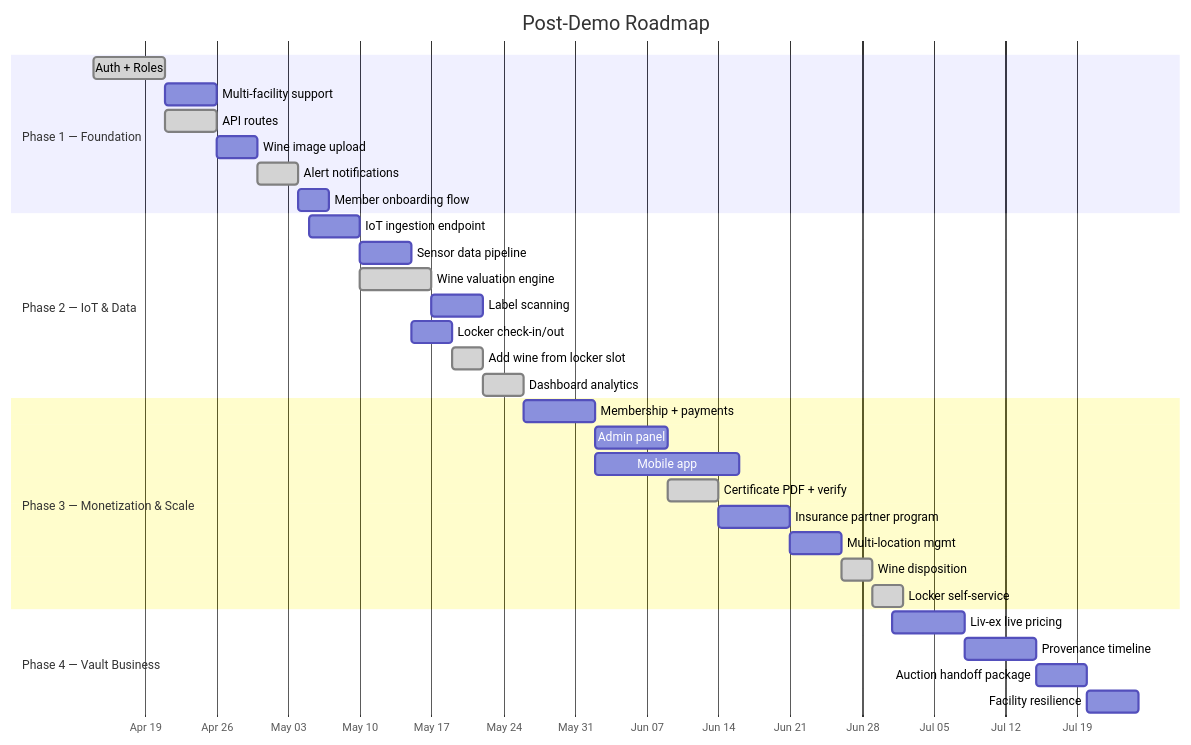
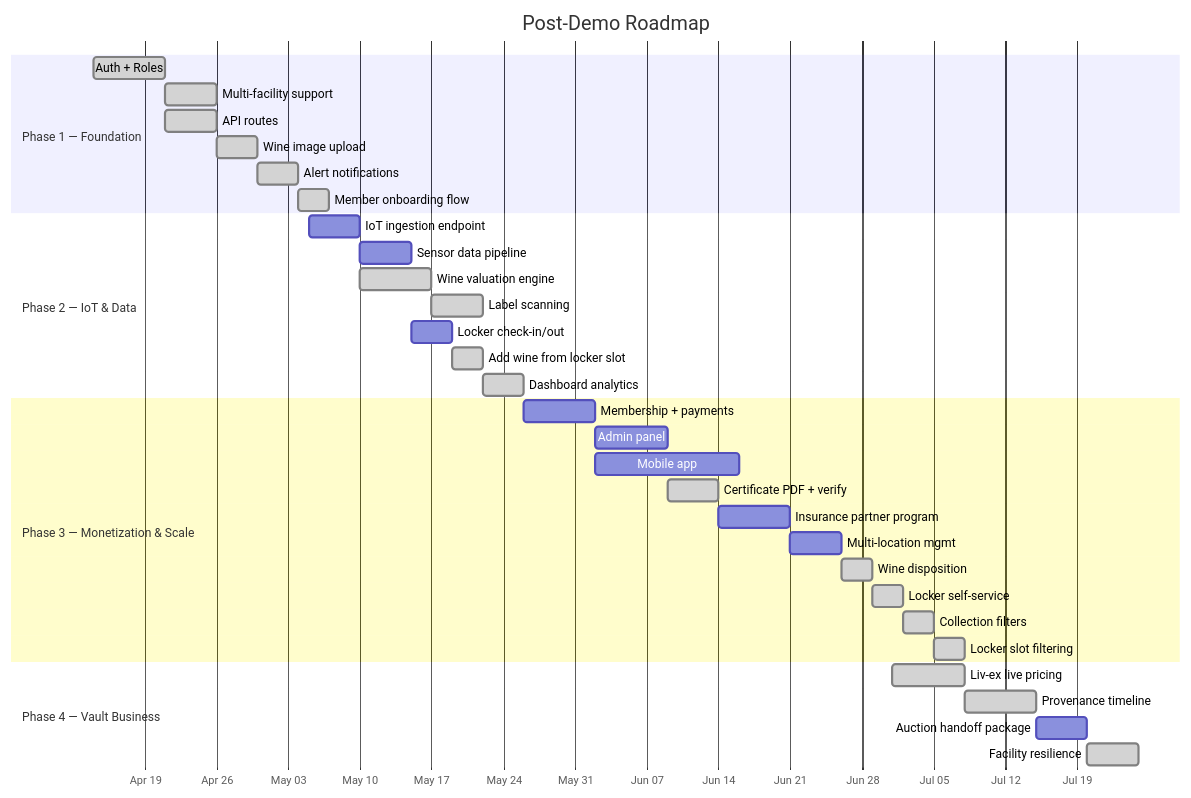
The diagram in SPEC.md (nathanielsohn/caveau-app), drawn with Mermaid before and after one commit. The commit also changed other lines of this file and 2 other files, not shown here.

First line of the commit message:
chore: align seed data with Rob's 10-bottle portfolio, update roadmap

````diff
--- a/SPEC.md
+++ b/SPEC.md
@@ -271,39 +273,41 @@
 ```mermaid
 gantt
     title Post-Demo Roadmap
     dateFormat YYYY-MM-DD
     axisFormat %b %d
 
     section Phase 1 — Foundation
     Auth + Roles              :done, p1a, 2026-04-14, 7d
-    Multi-facility support    :p1b, after p1a, 5d
+    Multi-facility support    :done, p1b, after p1a, 5d
     API routes                :done, p1c, after p1a, 5d
-    Wine image upload         :p1d, after p1c, 4d
+    Wine image upload         :done, p1d, after p1c, 4d
     Alert notifications       :done, p1e, after p1d, 4d
-    Member onboarding flow    :p1f, after p1e, 3d
+    Member onboarding flow    :done, p1f, after p1e, 3d
 
     section Phase 2 — IoT & Data
     IoT ingestion endpoint    :p2a, 2026-05-05, 5d
     Sensor data pipeline      :p2b, after p2a, 5d
     Wine valuation engine     :done, p2c, after p2a, 7d
-    Label scanning            :p2d, after p2c, 5d
+    Label scanning            :done, p2d, after p2c, 5d
     Locker check-in/out       :p2e, after p2b, 4d
     Add wine from locker slot :done, p2g, after p2e, 3d
     Dashboard analytics       :done, p2f, after p2g, 4d
 
     section Phase 3 — Monetization & Scale
     Membership + payments     :p3a, 2026-05-26, 7d
     Admin panel               :p3b, after p3a, 7d
     Mobile app                :p3c, after p3a, 14d
     Certificate PDF + verify  :done, p3d, after p3b, 5d
     Insurance partner program :p3e, after p3d, 7d
     Multi-location mgmt       :p3f, after p3e, 5d
     Wine disposition          :done, p3h, after p3f, 3d
     Locker self-service       :done, p3i, after p3h, 3d
+    Collection filters        :done, p3j, after p3i, 3d
+    Locker slot filtering     :done, p3k, after p3j, 3d
 
     section Phase 4 — Vault Business
-    Liv-ex live pricing       :p4a, 2026-07-01, 7d
-    Provenance timeline       :p4b, after p4a, 7d
+    Liv-ex live pricing       :done, p4a, 2026-07-01, 7d
+    Provenance timeline       :done, p4b, after p4a, 7d
     Auction handoff package   :p4c, after p4b, 5d
-    Facility resilience       :p4d, after p4c, 5d
+    Facility resilience       :done, p4d, after p4c, 5d
 ```
````
